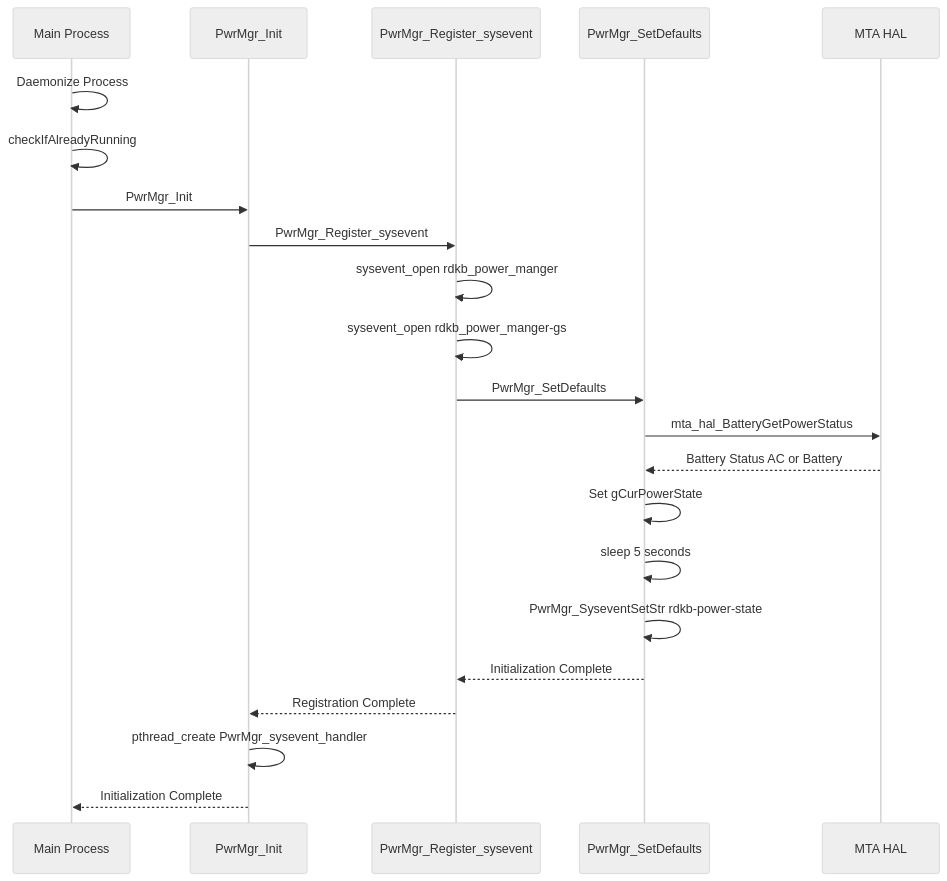
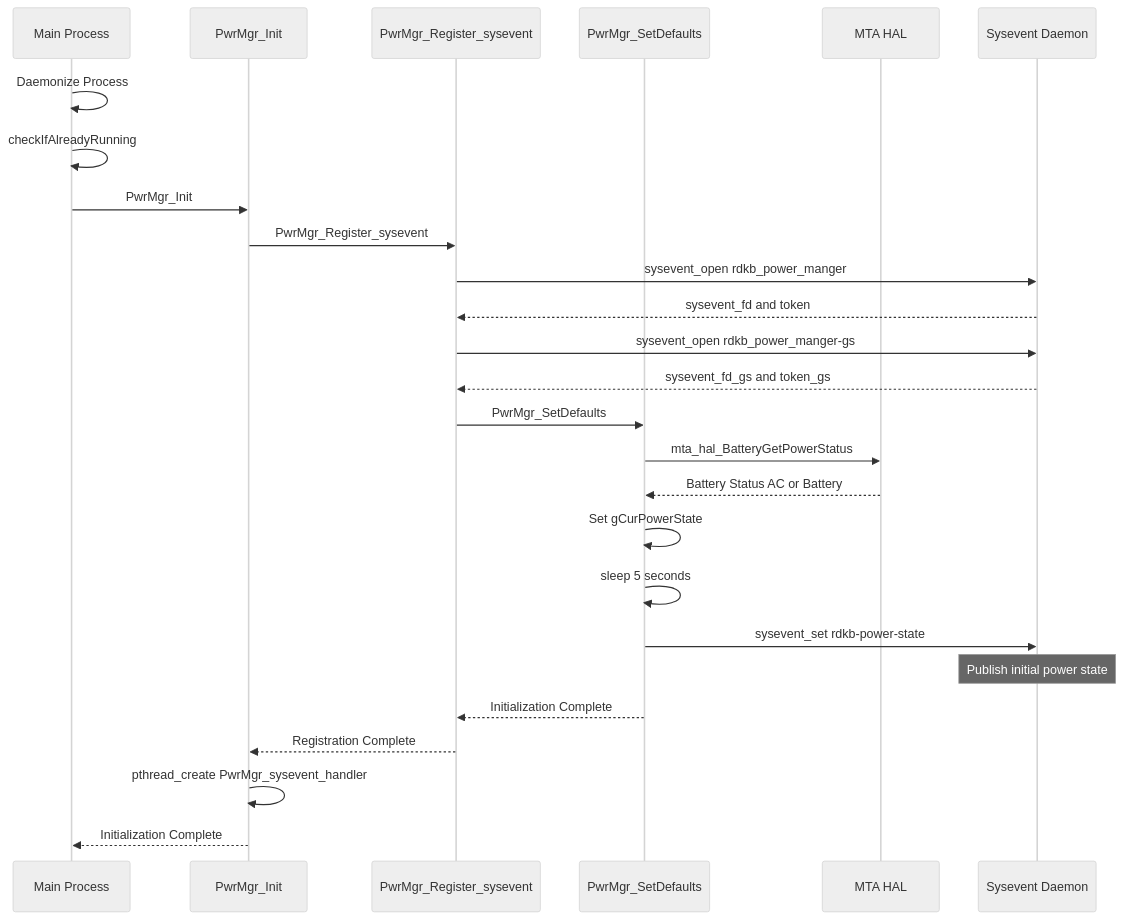
Before and after one commit to rns21/RDK_Documentation: the fourth of 7 diagrams in docs/docu/dec17/power-manager-feb27.md, drawn with Mermaid (neutral theme). The commit also changed other lines of this file, not shown here.

````diff
--- a/docs/docu/dec17/power-manager-feb27.md
+++ b/docs/docu/dec17/power-manager-feb27.md
@@ -224,25 +222,29 @@
 ```mermaid
 sequenceDiagram
     participant Main as Main Process
     participant Init as PwrMgr_Init
     participant Reg as PwrMgr_Register_sysevent
     participant Def as PwrMgr_SetDefaults
     participant HAL as MTA HAL
+    participant Sysevent as Sysevent Daemon
 
     Main->>Main: Daemonize Process
     Main->>Main: checkIfAlreadyRunning
     Main->>Init: PwrMgr_Init
     Init->>Reg: PwrMgr_Register_sysevent
-    Reg->>Reg: sysevent_open rdkb_power_manger
-    Reg->>Reg: sysevent_open rdkb_power_manger-gs
+    Reg->>Sysevent: sysevent_open rdkb_power_manger
+    Sysevent-->>Reg: sysevent_fd and token
+    Reg->>Sysevent: sysevent_open rdkb_power_manger-gs
+    Sysevent-->>Reg: sysevent_fd_gs and token_gs
     Reg->>Def: PwrMgr_SetDefaults
     Def->>HAL: mta_hal_BatteryGetPowerStatus
     HAL-->>Def: Battery Status AC or Battery
     Def->>Def: Set gCurPowerState
     Def->>Def: sleep 5 seconds
-    Def->>Def: PwrMgr_SyseventSetStr rdkb-power-state
+    Def->>Sysevent: sysevent_set rdkb-power-state
+    Note over Sysevent: Publish initial power state
     Def-->>Reg: Initialization Complete
     Reg-->>Init: Registration Complete
     Init->>Init: pthread_create PwrMgr_sysevent_handler
     Init-->>Main: Initialization Complete
 ```
````
